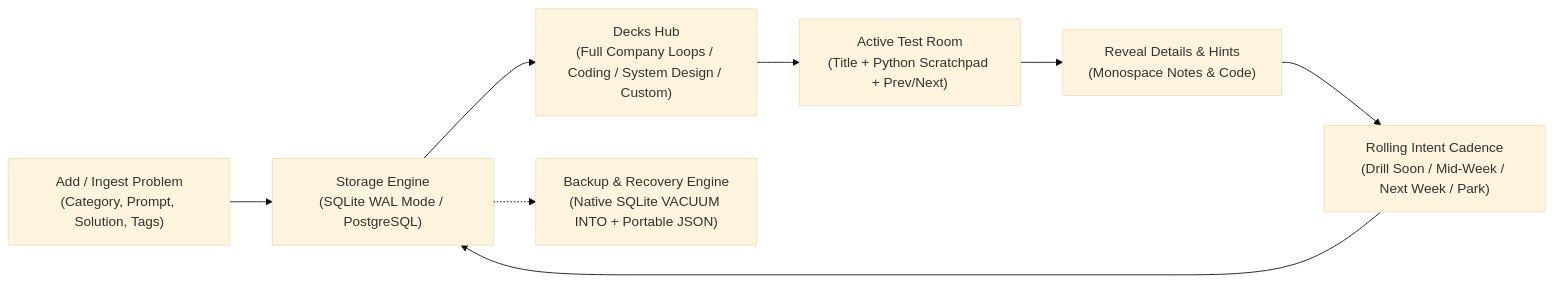
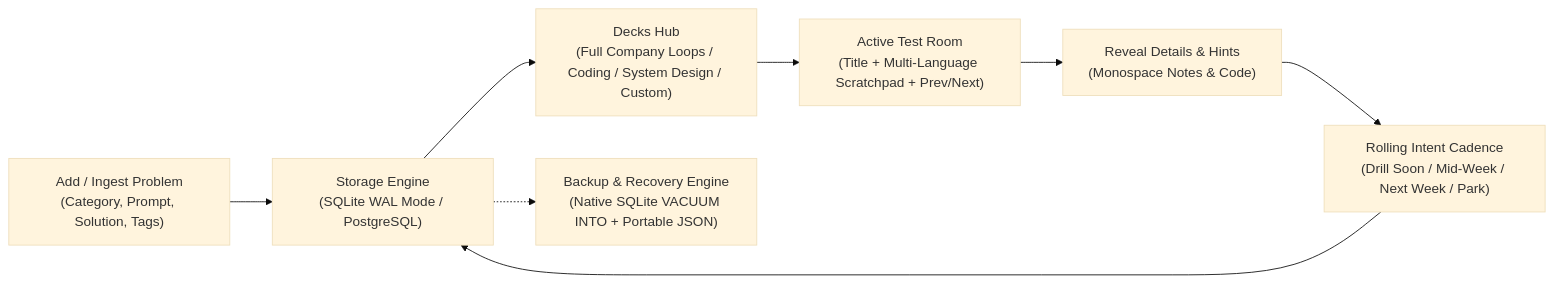
One commit to 92fueler/brain_shuffle changed the diagram in README.md. Above: the diagram before and after it, drawn with Mermaid (base theme). The commit also changed other lines of this file and 18 other files, not shown here.

````diff
--- a/README.md
+++ b/README.md
@@ -11,10 +11,11 @@
 ```mermaid
 flowchart LR
     A["Add / Ingest Problem\n(Category, Prompt, Solution, Tags)"] --> B["Storage Engine\n(SQLite WAL Mode / PostgreSQL)"]
     B --> C["Decks Hub\n(Full Company Loops / Coding / System Design / Custom)"]
-    C --> D["Active Test Room\n(Title + Python Scratchpad + Prev/Next)"]
-    D --> E["Reveal Details & Hints\n(Monospace Notes & Code)"]
+    C --> D["Active Test Room\n(Title + Multi-Language Scratchpad + Prev/Next)"]
+    E["Reveal Details & Hints\n(Monospace Notes & Code)"]
+    D --> E
     E --> F["Rolling Intent Cadence\n(Drill Soon / Mid-Week / Next Week / Park)"]
     F --> B
     B -.-> G["Backup & Recovery Engine\n(Native SQLite VACUUM INTO + Portable JSON)"]
 ```
````
